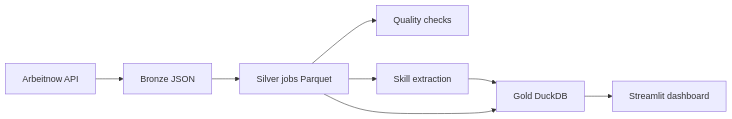
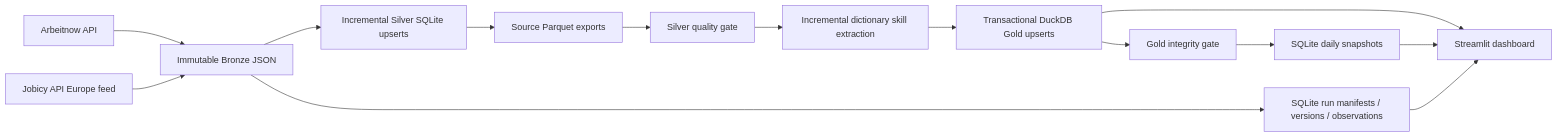
One commit to benny-shibin/european-job-market-pipeline changed the diagram in README.md. Above: the diagram before and after it, drawn with Mermaid. The commit also changed other lines of this file and 42 other files, not shown here.

Commit message:
Add incremental pipeline, source analytics, and Orbit dashboard

````diff
--- a/README.md
+++ b/README.md
@@ -39,10 +56,16 @@
 ```mermaid
 flowchart LR
-    API[Arbeitnow API] --> B[Bronze JSON]
-    B --> S[Silver jobs Parquet]
-    S --> V[Quality checks]
-    S --> K[Skill extraction]
-    K --> G[Gold DuckDB]
-    S --> G
+    A[Arbeitnow API] --> B[Immutable Bronze JSON]
+    J[Jobicy API Europe feed] --> B
+    B --> I[SQLite run manifests / versions / observations]
+    B --> S[Incremental Silver SQLite upserts]
+    S --> P[Source Parquet exports]
+    P --> Q[Silver quality gate]
+    Q --> K[Incremental dictionary skill extraction]
+    K --> G[Transactional DuckDB Gold upserts]
+    G --> V[Gold integrity gate]
+    V --> H[SQLite daily snapshots]
     G --> D[Streamlit dashboard]
+    H --> D
+    I --> D
 ```
````
